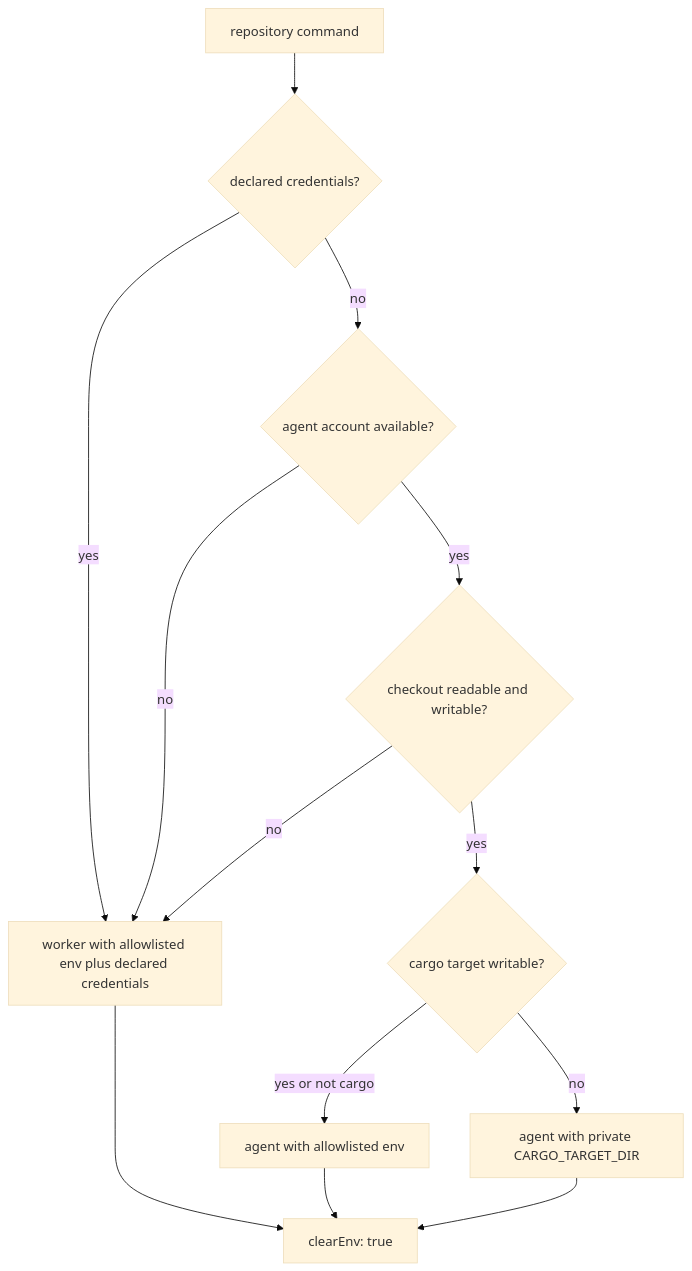
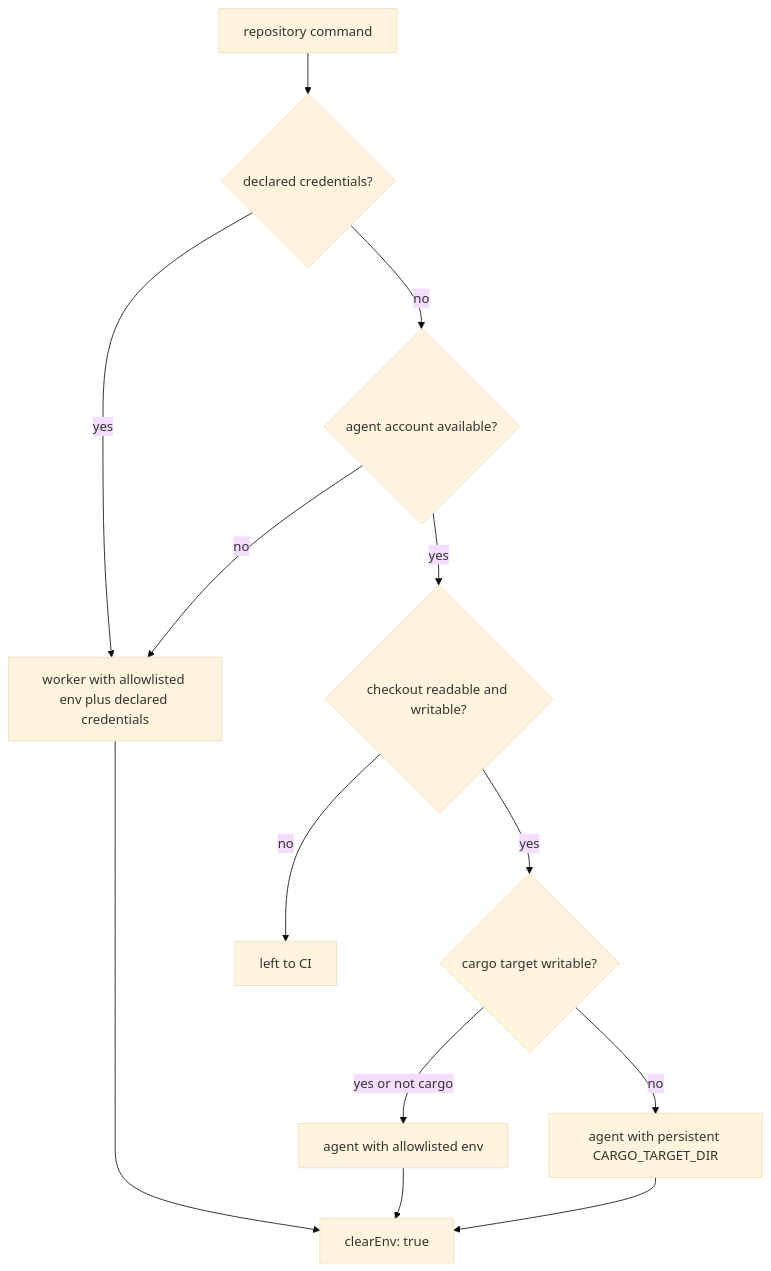
The diagram in docs/archive/pr-summaries/pr-summary-4659.md (stSoftwareAU/VibeCoder), drawn with Mermaid (base theme) before and after one commit. The commit also changed other lines of this file and 6 other files, not shown here.

````diff
--- a/docs/archive/pr-summaries/pr-summary-4659.md
+++ b/docs/archive/pr-summaries/pr-summary-4659.md
@@ -15,15 +15,15 @@
 ```mermaid
 flowchart TD
     A[repository command] --> B{declared credentials?}
     B -- yes --> W[worker with allowlisted env plus declared credentials]
     B -- no --> C{agent account available?}
     C -- no --> W
     C -- yes --> P{checkout readable and writable?}
-    P -- no --> W
+    P -- no --> L[left to CI]
     P -- yes --> T{cargo target writable?}
     T -- yes or not cargo --> D[agent with allowlisted env]
-    T -- no --> V[agent with private CARGO_TARGET_DIR]
+    T -- no --> V[agent with persistent CARGO_TARGET_DIR]
     W --> E[clearEnv: true]
     D --> E
     V --> E
 ```
````
